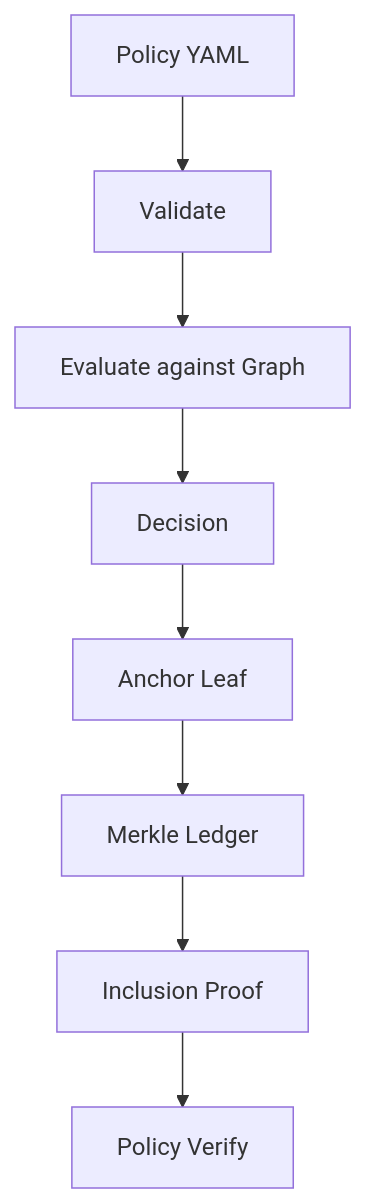
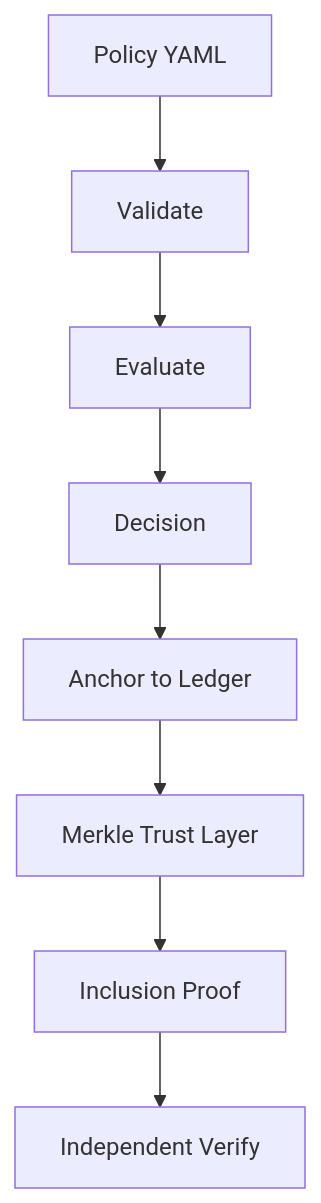
The fourth of 5 diagrams in README.md (myshra777-ai/garuda), drawn with Mermaid before and after one commit. The commit also changed other lines of this file, not shown here.

````diff
--- a/README.md
+++ b/README.md
@@ -209,10 +201,10 @@
 ```mermaid
 flowchart TD
     YAML["Policy YAML"] --> VALIDATE["Validate"]
-    VALIDATE --> EVAL["Evaluate against Graph"]
+    VALIDATE --> EVAL["Evaluate"]
     EVAL --> DECISION["Decision"]
-    DECISION --> ANCHOR["Anchor Leaf"]
-    ANCHOR --> MERKLE["Merkle Ledger"]
+    DECISION --> ANCHOR["Anchor to Ledger"]
+    ANCHOR --> MERKLE["Merkle Trust Layer"]
     MERKLE --> PROOF["Inclusion Proof"]
-    PROOF --> VERIFY["Policy Verify"]
+    PROOF --> VERIFY["Independent Verify"]
 ```
````
